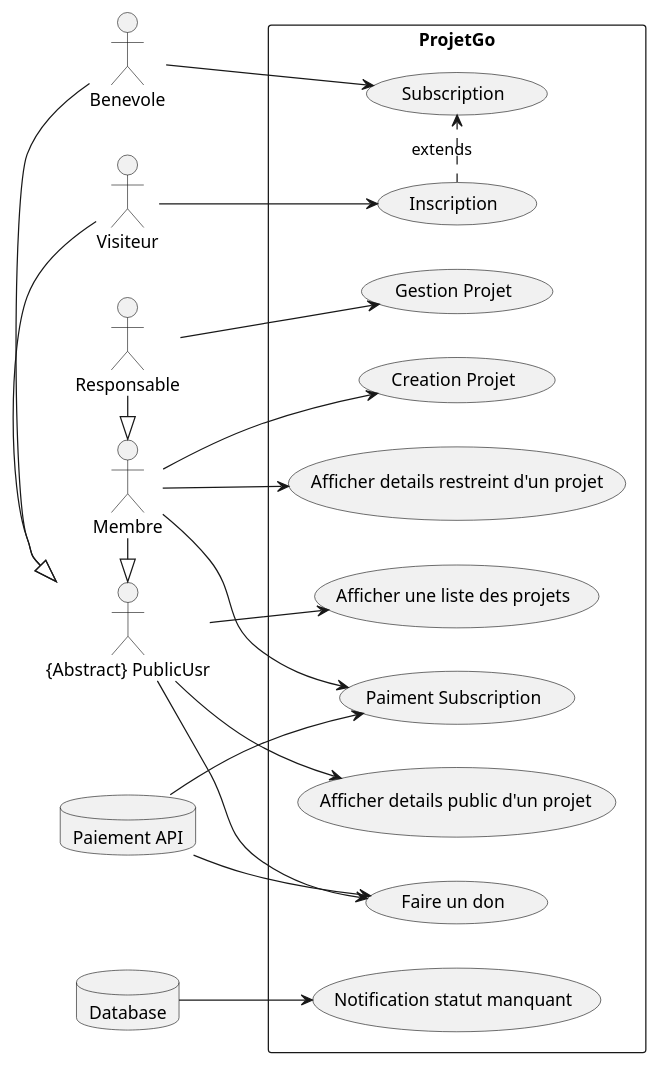
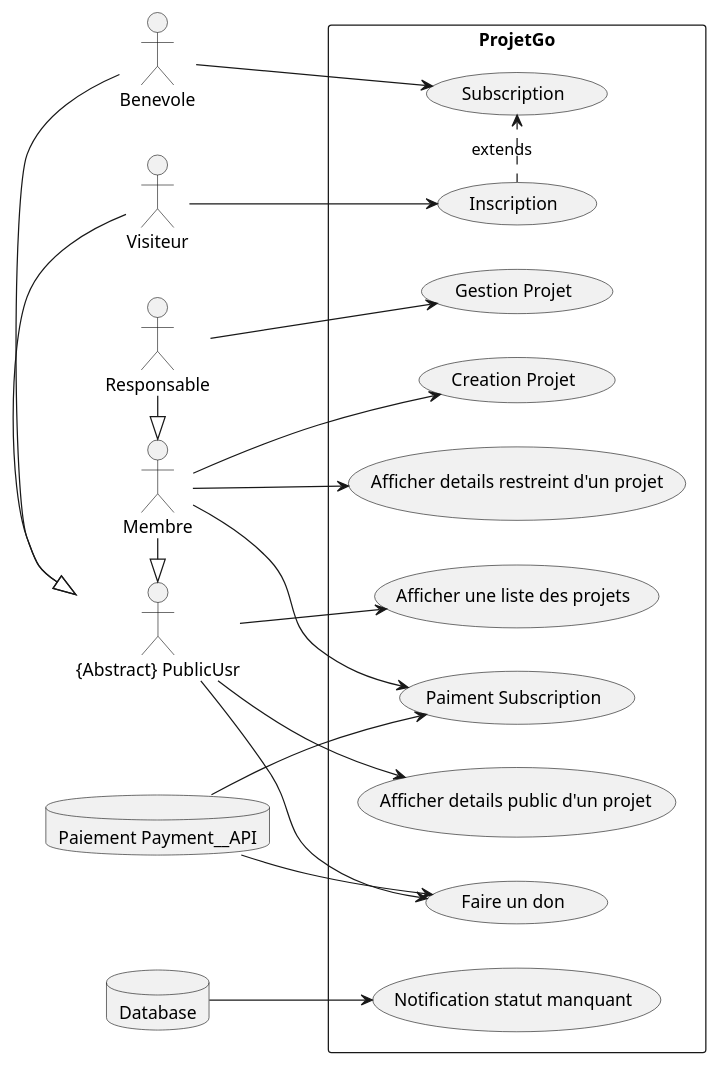
The first of 2 diagrams in usecase-diagram.wsd (feanPelix/projetgo), drawn with PlantUML before and after one commit. The commit also changed 1 other file, not shown here.

Commit message:
Rename payment API actor

```diff
--- a/usecase-diagram.wsd
+++ b/usecase-diagram.wsd
@@ -1,47 +1,47 @@
 @startuml ProjetGo
 left to right direction
 :Responsable:
 :Membre:
 :Benevole:
 :Visiteur:
 :{Abstract} PublicUsr: as public
 
 Membre -|> public
 Benevole -|> public
 Visiteur -|> public
 Responsable -|> Membre
 
 database "Database" as Db
-database "Paiement API" as API
+database "Paiement Payment__API" as Payment__API
 
 rectangle ProjetGo {
   Visiteur --> (Inscription)
   Benevole --> (Subscription)
   Inscription .> (Subscription) : extends
 
   (Paiment Subscription) as SubFee
   Membre --> SubFee
-  API --> SubFee
+  Payment__API --> SubFee
   
   Membre --> (Creation Projet)
 
   Responsable --> (Gestion Projet)
 
   (Afficher une liste des projets) as ListeProjet
   public --> ListeProjet
 
   (Afficher details public d'un projet) as AccesPublic
   public --> AccesPublic
   
   (Afficher details restreint d'un projet) as AccesRestreint
   Membre --> AccesRestreint
 
   (Notification statut manquant) as Notify
   Db --> Notify
 
   (Faire un don) as Don
   public --> Don
-  API --> Don
+  Payment__API --> Don
 
 }
 @enduml
```
